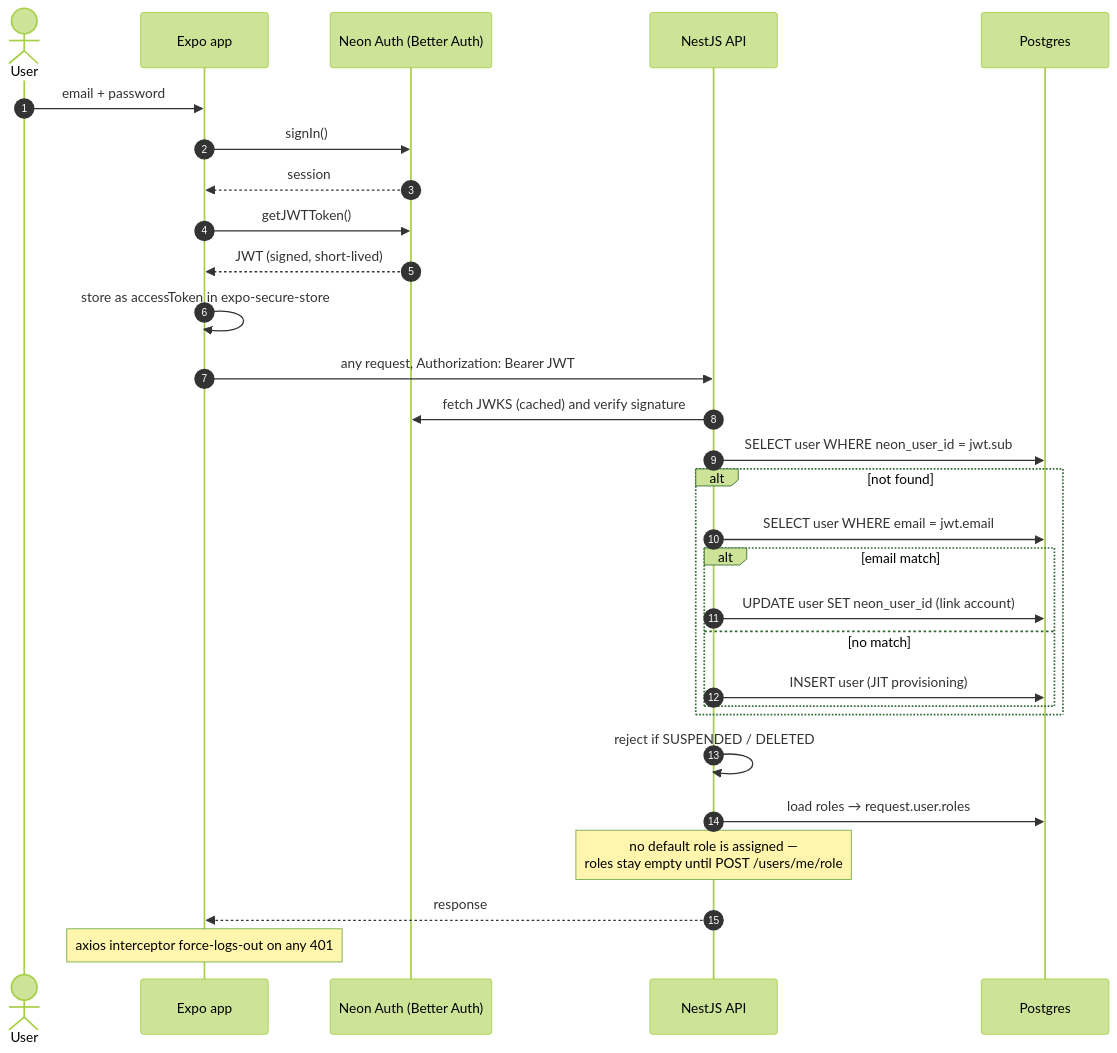
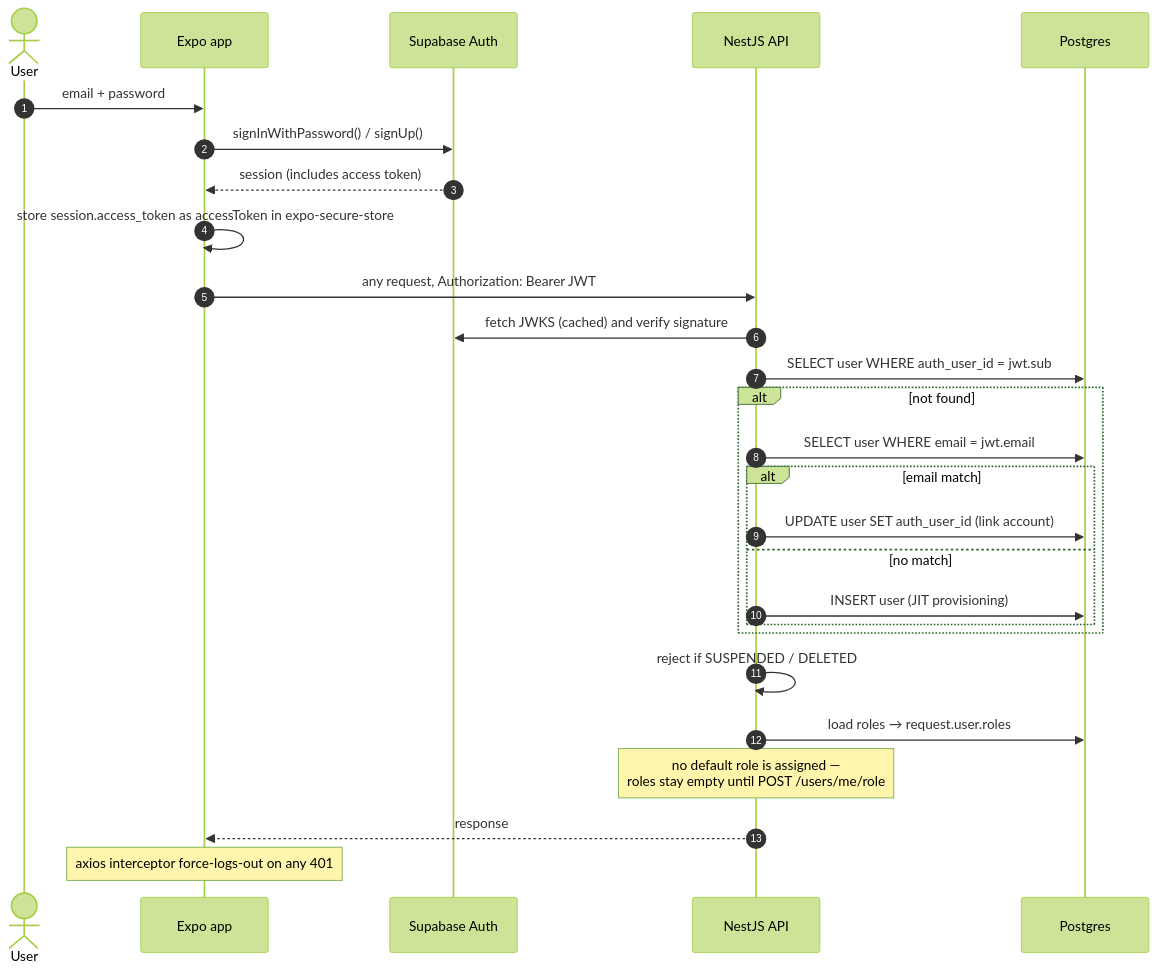
The sixth of 15 diagrams in final-year-report.md (SinghAman21/nabhya), drawn with Mermaid (forest theme) before and after one commit. The commit also changed other lines of this file and 77 other files, not shown here.

````diff
--- a/final-year-report.md
+++ b/final-year-report.md
@@ -737,32 +737,30 @@
 ```mermaid
 sequenceDiagram
     autonumber
     actor U as User
     participant App as Expo app
-    participant NA as Neon Auth (Better Auth)
+    participant SA as Supabase Auth
     participant API as NestJS API
     participant DB as Postgres
 
     U->>App: email + password
-    App->>NA: signIn()
-    NA-->>App: session
-    App->>NA: getJWTToken()
-    NA-->>App: JWT (signed, short-lived)
-    App->>App: store as accessToken in expo-secure-store
+    App->>SA: signInWithPassword() / signUp()
+    SA-->>App: session (includes access token)
+    App->>App: store session.access_token as accessToken in expo-secure-store
     App->>API: any request, Authorization: Bearer JWT
-    API->>NA: fetch JWKS (cached) and verify signature
-    API->>DB: SELECT user WHERE neon_user_id = jwt.sub
+    API->>SA: fetch JWKS (cached) and verify signature
+    API->>DB: SELECT user WHERE auth_user_id = jwt.sub
     alt not found
         API->>DB: SELECT user WHERE email = jwt.email
         alt email match
-            API->>DB: UPDATE user SET neon_user_id (link account)
+            API->>DB: UPDATE user SET auth_user_id (link account)
         else no match
             API->>DB: INSERT user (JIT provisioning)
         end
     end
     API->>API: reject if SUSPENDED / DELETED
     API->>DB: load roles → request.user.roles
     Note over API: no default role is assigned —<br/>roles stay empty until POST /users/me/role
     API-->>App: response
     Note over App: axios interceptor force-logs-out on any 401
 ```
````
